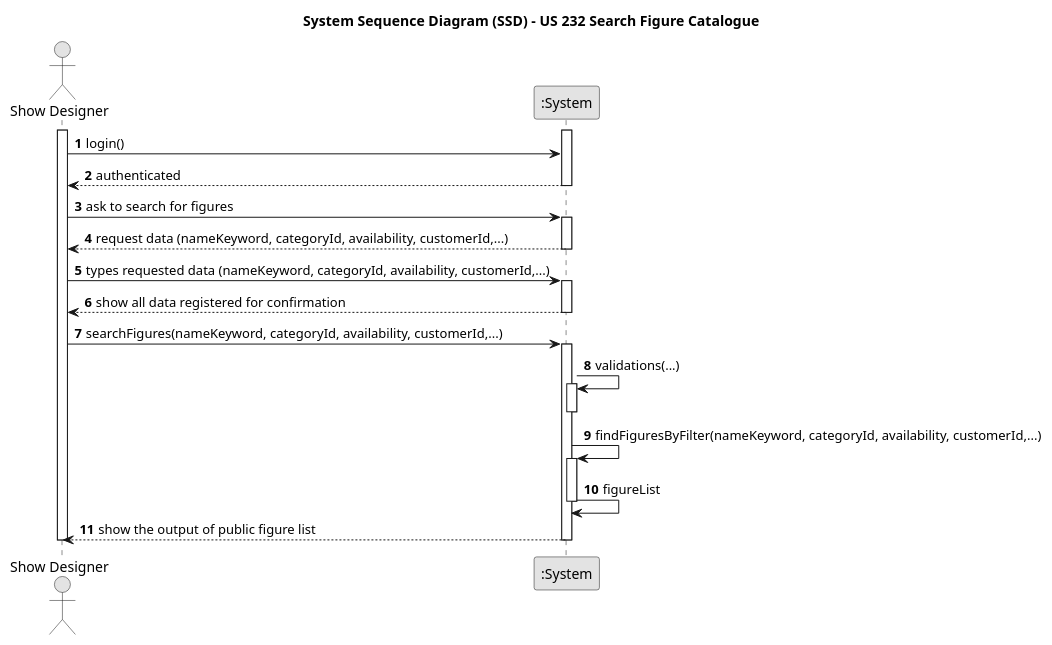
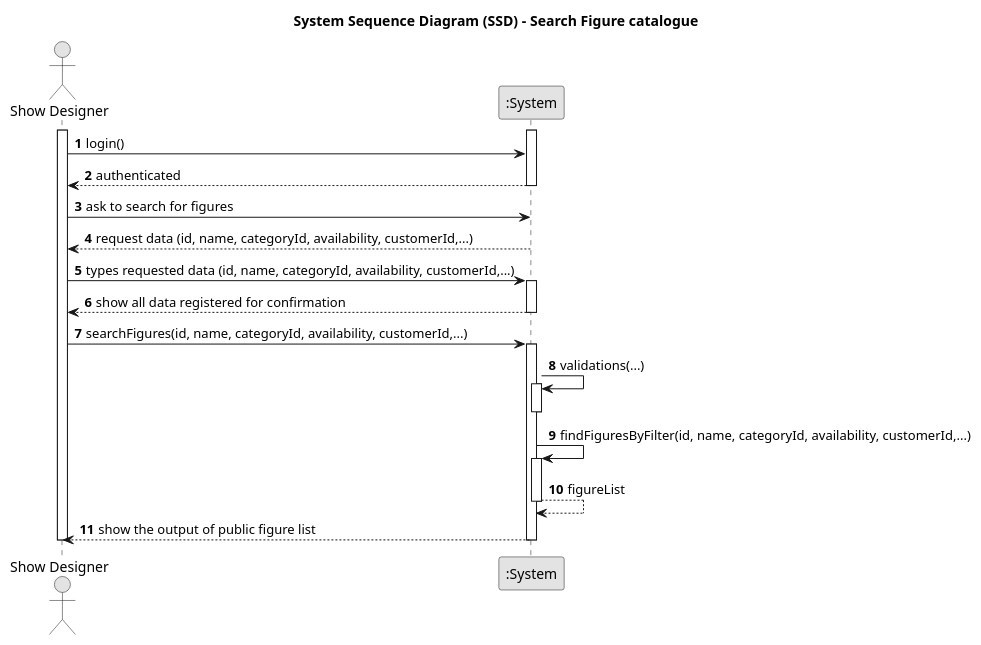
The diagram in docs/planning/sprint2/EAPLI/US232 - Search Figure catalogue/01.requirements-engineering/puml/us232-sequence-diagram.puml (SAEmanuel/Shodrone_ISEP), drawn with PlantUML before and after one commit. The commit also changed 2 other files, not shown here.

```diff
--- a/docs/planning/sprint2/EAPLI/US232 - Search Figure catalogue/01.requirements-engineering/puml/us232-sequence-diagram.puml
+++ b/docs/planning/sprint2/EAPLI/US232 - Search Figure catalogue/01.requirements-engineering/puml/us232-sequence-diagram.puml
@@ -1,54 +1,52 @@
 @startuml
 skinparam monochrome true
 skinparam packageStyle rectangle
 skinparam shadowing false
 
-title System Sequence Diagram (SSD) - US 232 Search Figure Catalogue
+title System Sequence Diagram (SSD) - Search Figure catalogue
 
 autonumber
 
 actor "Show Designer" as SD
 participant ":System" as System
 
 activate SD
 
 activate System
 
     SD -> System: login()
     System --> SD: authenticated
 
     deactivate System
     SD -> System: ask to search for figures
 
-    activate System
-
-    System --> SD: request data (nameKeyword, categoryId, availability, customerId,...)
+    System --> SD: request data (id, name, categoryId, availability, customerId,...)
     deactivate System
-    SD -> System: types requested data (nameKeyword, categoryId, availability, customerId,...)
+    SD -> System: types requested data (id, name, categoryId, availability, customerId,...)
 
     activate System
 
     System --> SD: show all data registered for confirmation
     deactivate System
 
-    SD -> System: searchFigures(nameKeyword, categoryId, availability, customerId,...)
+    SD -> System: searchFigures(id, name, categoryId, availability, customerId,...)
     activate System
 
         System -> System: validations(...)
         activate System
 
         deactivate System
 
-        System -> System: findFiguresByFilter(nameKeyword, categoryId, availability, customerId,...)
+        System -> System: findFiguresByFilter(id, name, categoryId, availability, customerId,...)
         activate System
 
 
-        System -> System: figureList
+        System --> System: figureList
         deactivate System
 
 
     System --> SD: show the output of public figure list
     deactivate System
 deactivate SD
 
 @enduml
```
